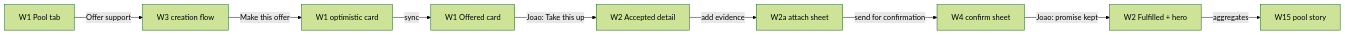
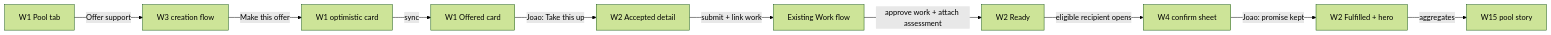
Before and after one commit to greenpill-dev-guild/green-goods: the first of 14 diagrams in .plans/active/commitment-pooling/prototypes.md, drawn with Mermaid (forest theme). The commit also changed other lines of this file and 12 other files, not shown here.

Commit message:
fix(client,admin): correct commitment pooling prototype flows

````diff
--- a/.plans/active/commitment-pooling/prototypes.md
+++ b/.plans/active/commitment-pooling/prototypes.md
@@ -74,11 +95,12 @@
 ```mermaid
 flowchart LR
   A["W1 Pool tab"] -->|"Offer support"| B["W3 creation flow"]
   B -->|"Make this offer"| C["W1 optimistic card"]
   C -->|"sync"| D["W1 Offered card"]
   D -->|"Joao: Take this up"| E["W2 Accepted detail"]
-  E -->|"add evidence"| F["W2a attach sheet"]
-  F -->|"send for confirmation"| G["W4 confirm sheet"]
-  G -->|"Joao: promise kept"| H["W2 Fulfilled + hero"]
-  H -->|"aggregates"| I["W15 pool story"]
+  E -->|"submit + link work"| F["Existing Work flow"]
+  F -->|"approve work + attach assessment"| G["W2 Ready"]
+  G -->|"eligible recipient opens"| H["W4 confirm sheet"]
+  H -->|"Joao: promise kept"| I["W2 Fulfilled + hero"]
+  I -->|"aggregates"| J["W15 pool story"]
 ```
````
